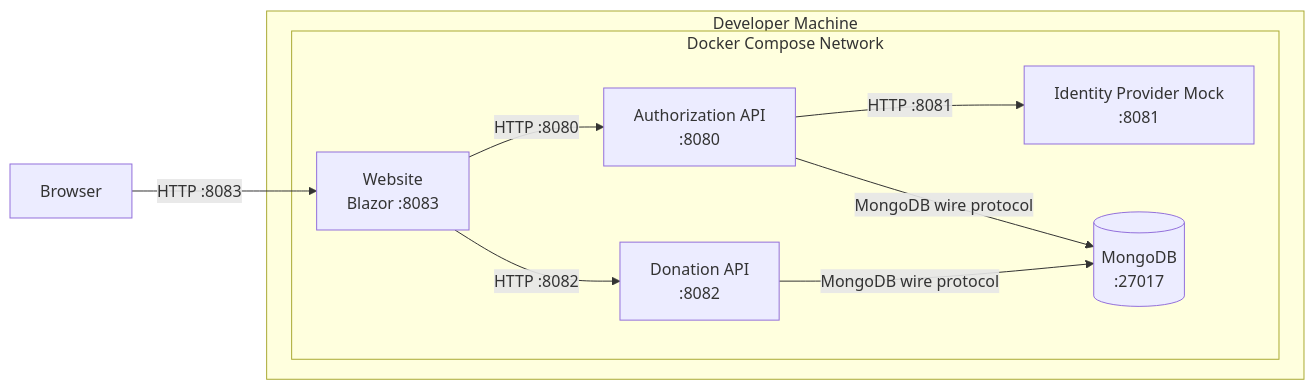
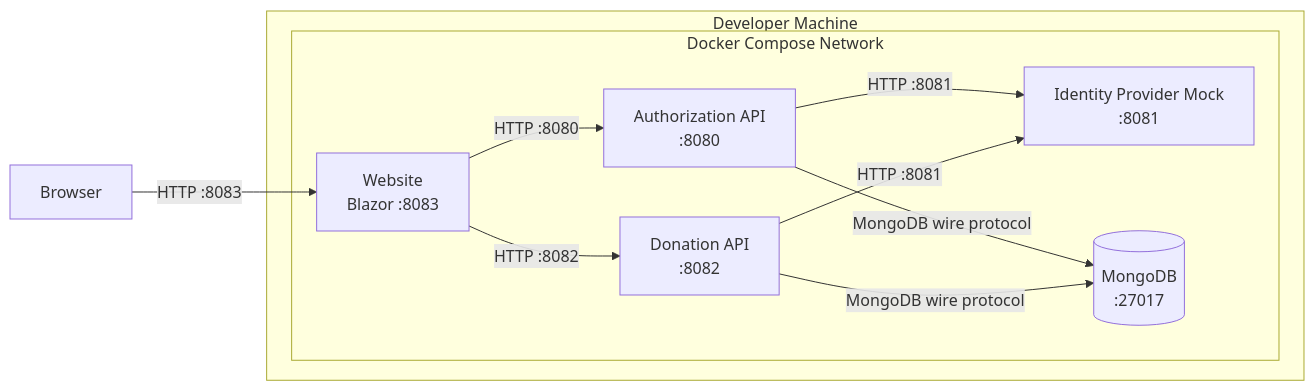
One commit to wouterfennis/TimeForCode changed the first of 3 diagrams in docs/architecture/arc42/07-deployment-view.md. Above: the diagram before and after it, drawn with Mermaid. The commit also changed other lines of this file and 38 other files, not shown here.

Commit message:
Mock GitHub API locally, add GithubService unit tests, and real-GitHub compose mode (#36)

````diff
--- a/docs/architecture/arc42/07-deployment-view.md
+++ b/docs/architecture/arc42/07-deployment-view.md
@@ -13,19 +13,20 @@
 ```mermaid
 graph LR
     subgraph Developer Machine
         subgraph Docker Compose Network
             Website["Website\nBlazor :8083"]
             AuthAPI["Authorization API\n:8080"]
             IdpMock["Identity Provider Mock\n:8081"]
             DonationAPI["Donation API\n:8082"]
             MongoDB[("MongoDB\n:27017")]
         end
     end
 
     Browser["Browser"] -->|HTTP :8083| Website
     Website -->|HTTP :8080| AuthAPI
     Website -->|HTTP :8082| DonationAPI
     AuthAPI -->|HTTP :8081| IdpMock
+    DonationAPI -->|HTTP :8081| IdpMock
     AuthAPI -->|MongoDB wire protocol| MongoDB
     DonationAPI -->|MongoDB wire protocol| MongoDB
 ```
````
